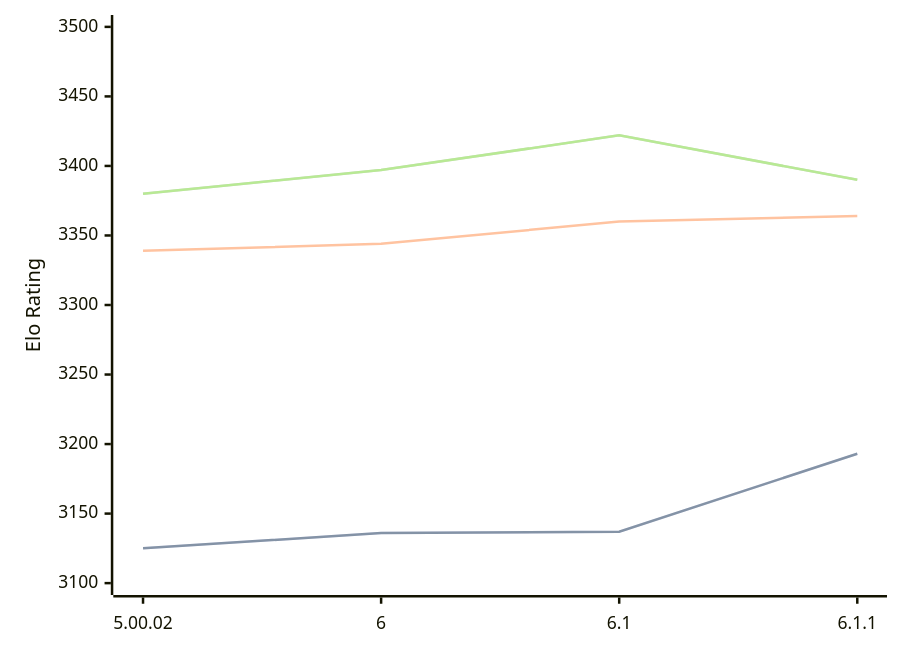
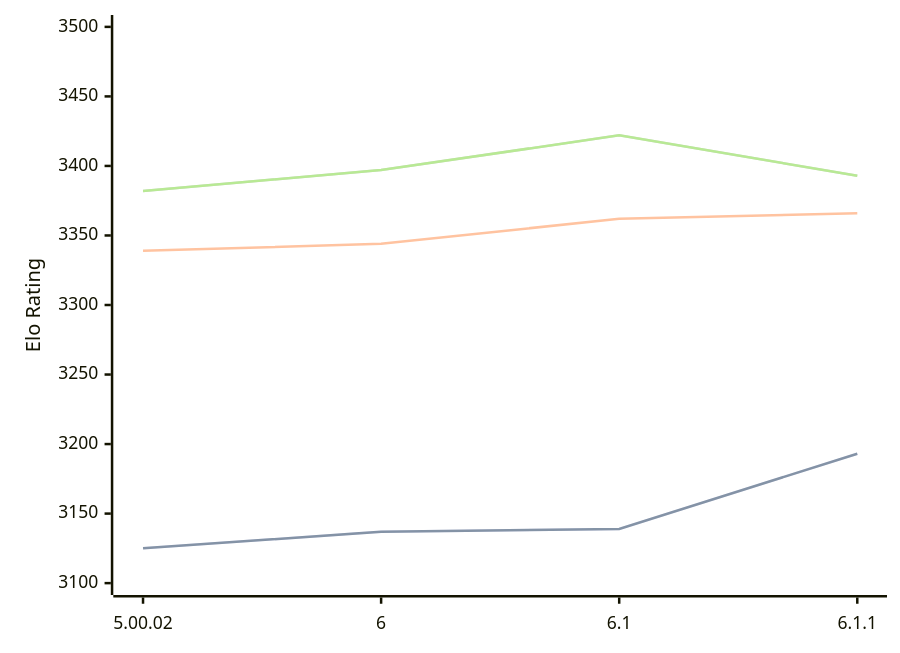
The first of 3 diagrams in engines/Zangdar.md (computer-chess-index/cci), drawn with Mermaid before and after one commit. The commit also changed other lines of this file, not shown here.

Commit message:
Update CCI Ratings (ELO VLTC) - 2026-07-14

````diff
--- a/engines/Zangdar.md
+++ b/engines/Zangdar.md
@@ -46,11 +47,11 @@
 ```mermaid
 %%{init: {"theme":"base","themeVariables":{"seriesColors:['#a3a3a3','#222221','#faa371']}}}%%
 xychart-beta
   x-axis ["5.00.02", "6", "6.1", "6.1.1"]
   y-axis "Elo Rating" 3100 --> 3500
-  line "STC (8.0+0.08s)" [3125, 3136, 3137, 3193]
-  line "STC (8.0+0.08s)" [3125, 3136, 3137, 3193]
-  line "LTC (60.0+0.60s)" [3339, 3344, 3360, 3364]
-  line "VLTC (2m24s+1.12s)" [3380, 3397, 3422, 3390]
-  line "VLTC (2m24s+1.12s)" [3380, 3397, 3422, 3390]
+  line "STC (8.0+0.08s)" [3125, 3137, 3139, 3193]
+  line "STC (8.0+0.08s)" [3125, 3137, 3139, 3193]
+  line "LTC (60.0+0.60s)" [3339, 3344, 3362, 3366]
+  line "VLTC (2m24s+1.12s)" [3382, 3397, 3422, 3393]
+  line "VLTC (2m24s+1.12s)" [3382, 3397, 3422, 3393]
 ```
````
